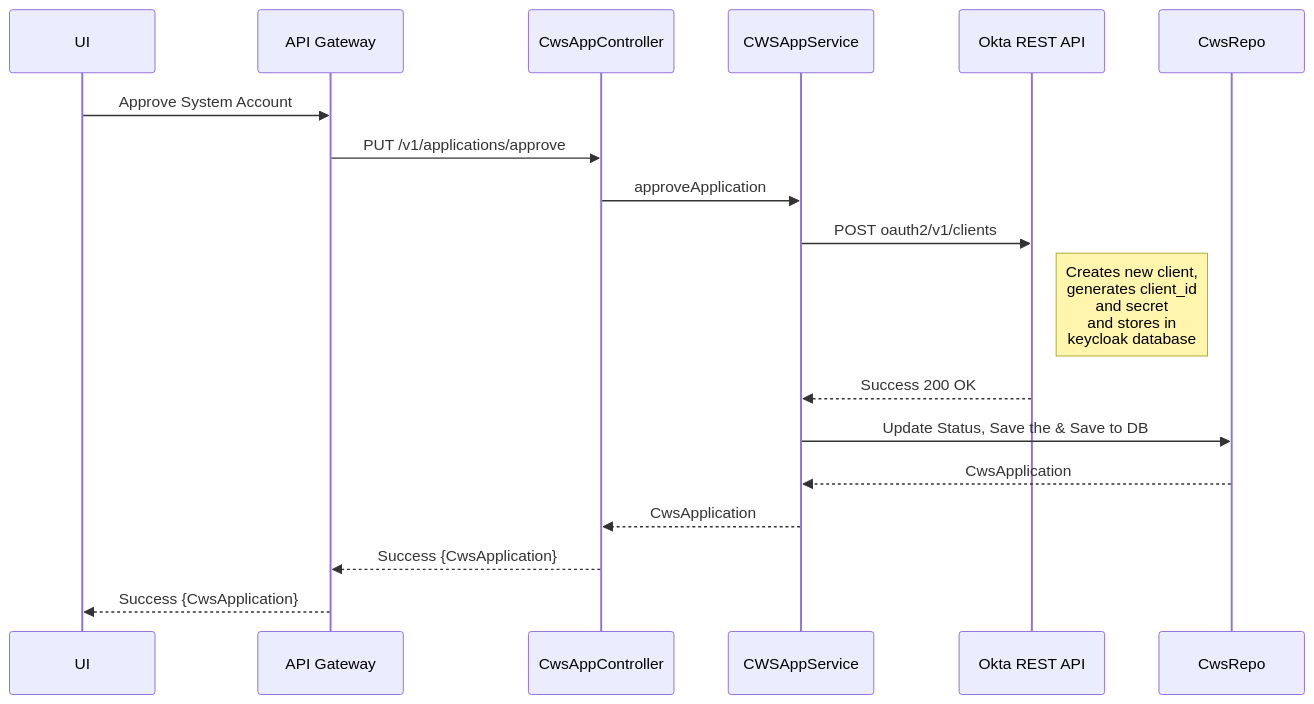
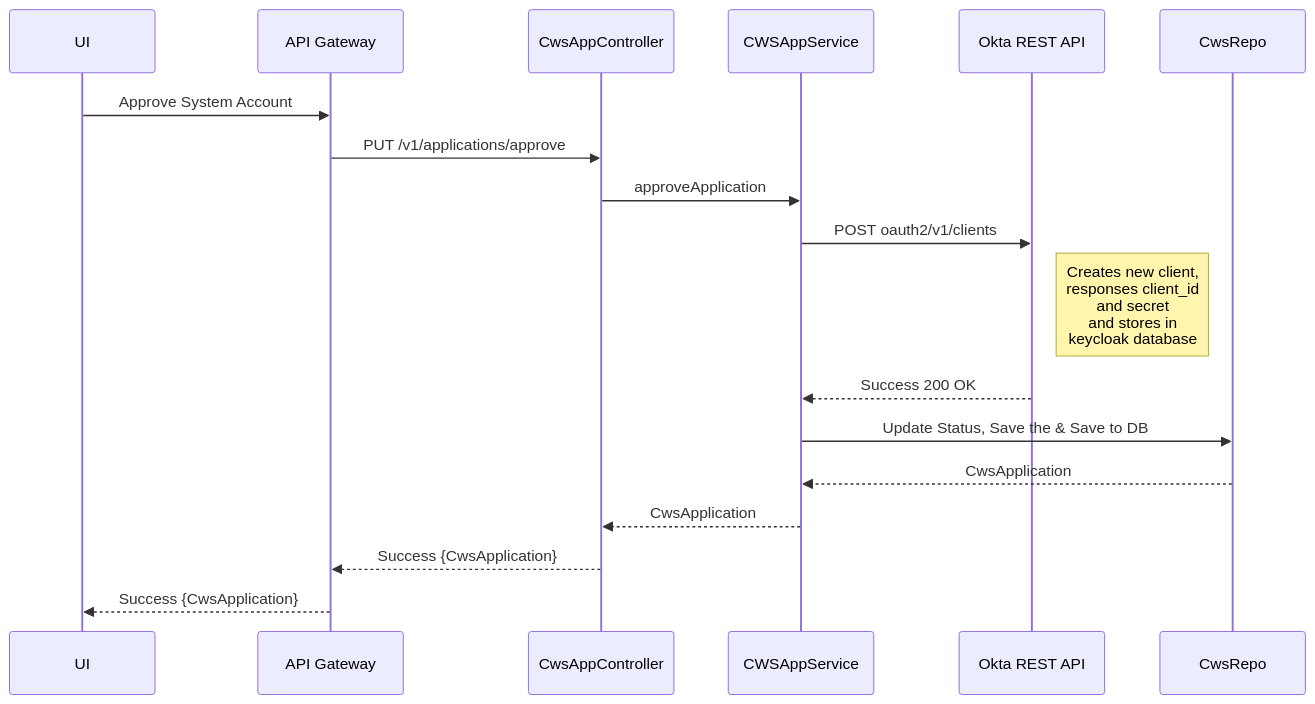
The first of 4 diagrams in README.md (venuduggireddy/slakedit), drawn with Mermaid before and after one commit. The commit also changed other lines of this file, not shown here.

Commit message:
README.md updated from https://stackedit.io/

````diff
--- a/README.md
+++ b/README.md
@@ -74,14 +74,14 @@
 ```mermaid
 sequenceDiagram
 UI ->> API Gateway: Approve System Account
 API Gateway->>CwsAppController: PUT /v1/applications/approve
 CwsAppController->> CWSAppService: approveApplication
 CWSAppService ->> Okta REST API: POST oauth2/v1/clients
-Note right of Okta REST API: Creates new client,<br/>generates client_id <br/> and secret<br/> and stores in <br/> keycloak database
+Note right of Okta REST API: Creates new client,<br/>responses client_id <br/> and secret<br/> and stores in <br/> keycloak database
 Okta REST API -->> CWSAppService : Success 200 OK
 CWSAppService ->> CwsRepo: Update Status, Save the & Save to DB 
 CwsRepo -->> CWSAppService: CwsApplication
 CWSAppService -->> CwsAppController: CwsApplication
 CwsAppController -->> API Gateway: Success {CwsApplication}
 API Gateway -->> UI: Success {CwsApplication}
 ```
````
